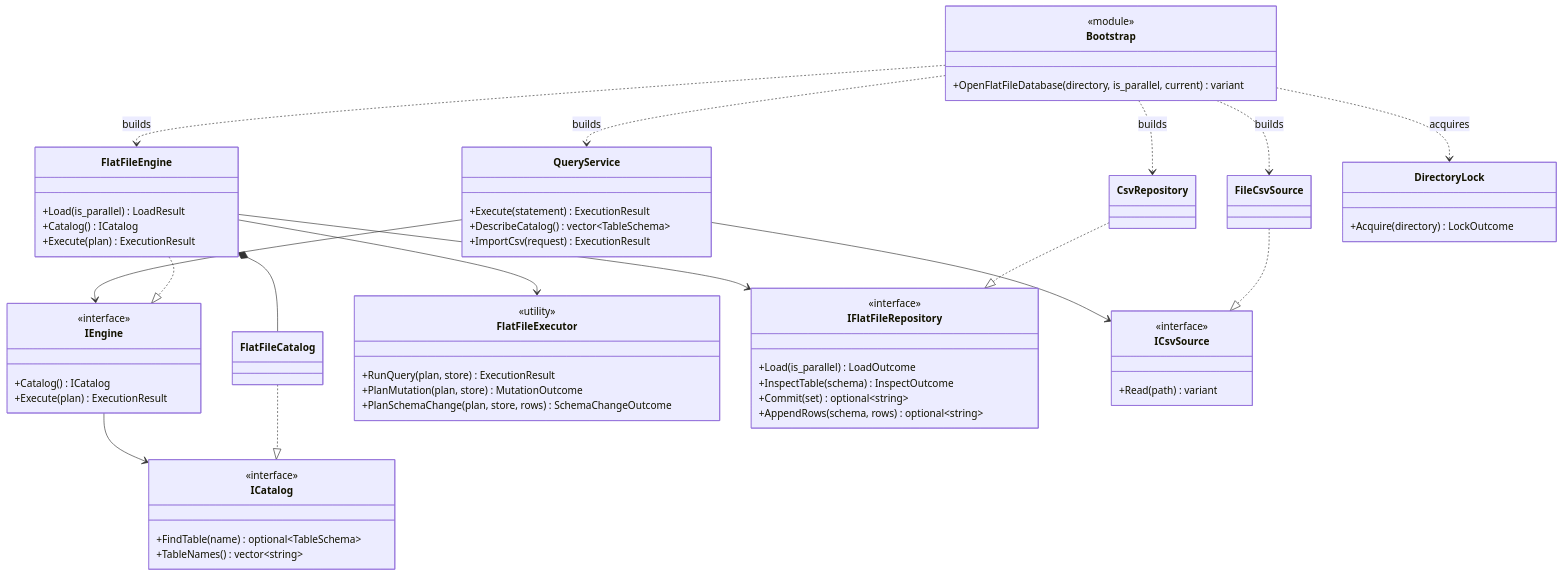
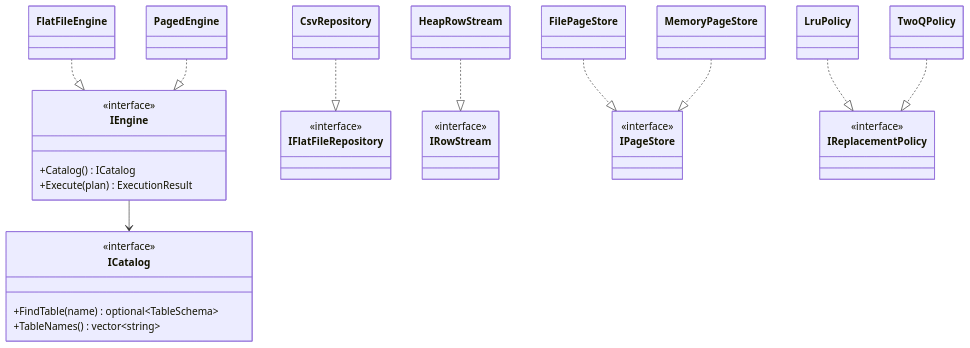
One commit to daniel-gs-93/flatfiledb changed the third of 11 diagrams in docs/DesignDocument.md. Above: the diagram before and after it, drawn with Mermaid. The commit also changed other lines of this file and 76 other files, not shown here.

````diff
--- a/docs/DesignDocument.md
+++ b/docs/DesignDocument.md
@@ -114,66 +103,31 @@
 ```mermaid
 classDiagram
     direction TB
-    class Bootstrap {
-        <<module>>
-        +OpenFlatFileDatabase(directory, is_parallel, current) variant
-    }
-    class QueryService {
-        +Execute(statement) ExecutionResult
-        +DescribeCatalog() vector~TableSchema~
-        +ImportCsv(request) ExecutionResult
-    }
     class IEngine {
         <<interface>>
         +Catalog() ICatalog
         +Execute(plan) ExecutionResult
     }
     class ICatalog {
         <<interface>>
         +FindTable(name) optional~TableSchema~
         +TableNames() vector~string~
     }
-    class FlatFileEngine {
-        +Load(is_parallel) LoadResult
-        +Catalog() ICatalog
-        +Execute(plan) ExecutionResult
-    }
-    class FlatFileCatalog
-    class FlatFileExecutor {
-        <<utility>>
-        +RunQuery(plan, store) ExecutionResult
-        +PlanMutation(plan, store) MutationOutcome
-        +PlanSchemaChange(plan, store, rows) SchemaChangeOutcome
-    }
-    class IFlatFileRepository {
-        <<interface>>
-        +Load(is_parallel) LoadOutcome
-        +InspectTable(schema) InspectOutcome
-        +Commit(set) optional~string~
-        +AppendRows(schema, rows) optional~string~
-    }
-    class CsvRepository
-    class ICsvSource {
-        <<interface>>
-        +Read(path) variant
-    }
-    class FileCsvSource
-    class DirectoryLock {
-        +Acquire(directory) LockOutcome
-    }
-    Bootstrap ..> QueryService : builds
-    Bootstrap ..> FlatFileEngine : builds
-    Bootstrap ..> CsvRepository : builds
-    Bootstrap ..> DirectoryLock : acquires
-    Bootstrap ..> FileCsvSource : builds
-    QueryService --> ICsvSource
-    FileCsvSource ..|> ICsvSource
-    QueryService --> IEngine
+    class IFlatFileRepository
+    <<interface>> IFlatFileRepository
+    class IRowStream
+    <<interface>> IRowStream
+    class IPageStore
+    <<interface>> IPageStore
+    class IReplacementPolicy
+    <<interface>> IReplacementPolicy
     IEngine --> ICatalog
     FlatFileEngine ..|> IEngine
-    FlatFileEngine *-- FlatFileCatalog
-    FlatFileCatalog ..|> ICatalog
-    FlatFileEngine --> FlatFileExecutor
-    FlatFileEngine --> IFlatFileRepository
+    PagedEngine ..|> IEngine
     CsvRepository ..|> IFlatFileRepository
+    HeapRowStream ..|> IRowStream
+    FilePageStore ..|> IPageStore
+    MemoryPageStore ..|> IPageStore
+    LruPolicy ..|> IReplacementPolicy
+    TwoQPolicy ..|> IReplacementPolicy
 ```
````
